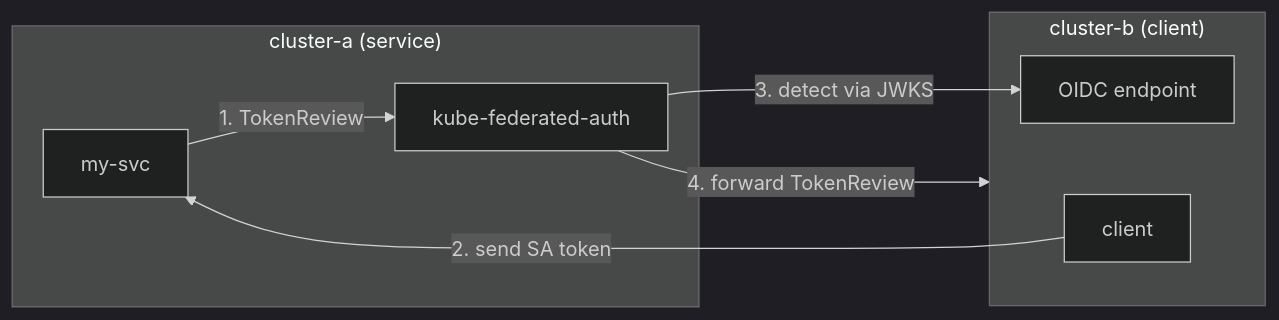
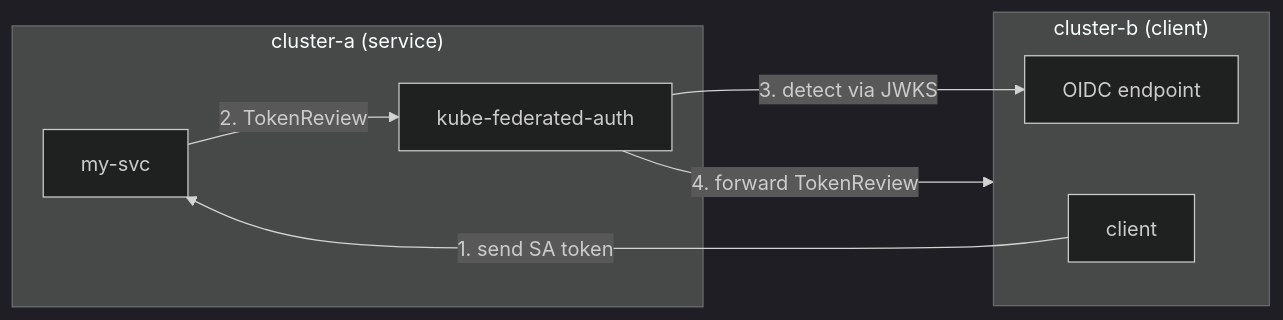
Before and after one commit to rophy/multi-k8s-auth: the diagram in README.md, drawn with Mermaid (dark theme). The commit also changed other lines of this file, not shown here.

First line of the commit message:
docs: update README with RBAC requirements and fix diagram sequence

````diff
--- a/README.md
+++ b/README.md
@@ -9,17 +9,17 @@
 ```mermaid
 flowchart LR
     subgraph cluster-a["cluster-a (service)"]
         svc[my-svc]
         kfa[kube-federated-auth]
-        svc -->|1. TokenReview| kfa
+        svc -->|2. TokenReview| kfa
     end
 
     subgraph cluster-b["cluster-b (client)"]
         client[client]
         oidc[OIDC endpoint]
     end
 
-    client -->|2. send SA token| svc
+    client -->|1. send SA token| svc
     kfa -->|3. detect via JWKS| oidc
     kfa -->|4. forward TokenReview| cluster-b
 ```
````
